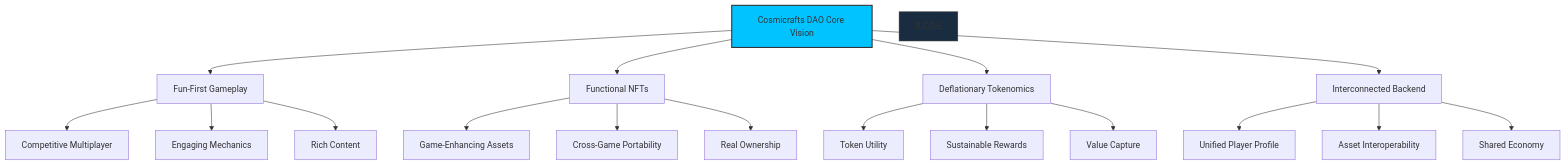
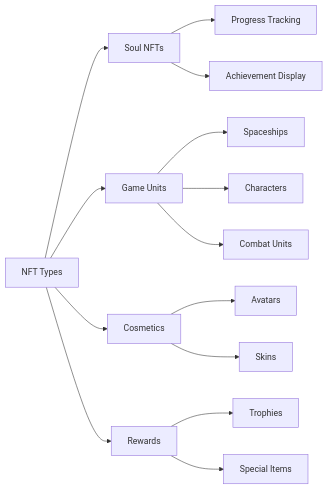
The first of 2 diagrams in src/frontend/src/assets/markdown/en/core-features.md (cosmicrafts/cosmicrafts-dao), drawn with Mermaid before and after one commit. The commit also changed other lines of this file and 4 other files, not shown here.

````diff
--- a/src/frontend/src/assets/markdown/en/core-features.md
+++ b/src/frontend/src/assets/markdown/en/core-features.md
@@ -10,26 +44,20 @@
 ```mermaid
-graph TD
-    A[Cosmicrafts DAO Core Vision] --> B[Fun-First Gameplay]
-    A --> C[Functional NFTs]
-    A --> D[Deflationary Tokenomics]
-    A --> E[Interconnected Backend]
+graph LR
+    A[NFT Types] --> B[Soul NFTs]
+    A --> C[Game Units]
+    A --> D[Cosmetics]
+    A --> E[Rewards]
     
-    B --> B1[Competitive Multiplayer]
-    B --> B2[Engaging Mechanics]
-    B --> B3[Rich Content]
+    B --> B1[Progress Tracking]
+    B --> B2[Achievement Display]
     
-    C --> C1[Game-Enhancing Assets]
-    C --> C2[Cross-Game Portability]
-    C --> C3[Real Ownership]
+    C --> C1[Spaceships]
+    C --> C2[Characters]
+    C --> C3[Combat Units]
     
-    D --> D1[Token Utility]
-    D --> D2[Sustainable Rewards]
-    D --> D3[Value Capture]
+    D --> D1[Avatars]
+    D --> D2[Skins]
     
-    E --> E1[Unified Player Profile]
-    E --> E2[Asset Interoperability]
-    E --> E3[Shared Economy]
-    
-    style A fill:#00c3ff,stroke:#333,stroke-width:2px
-    style B,C,D,E fill:#1a2d40,stroke:#333,stroke-width:1px
+    E --> E1[Trophies]
+    E --> E2[Special Items]
 ```
````
